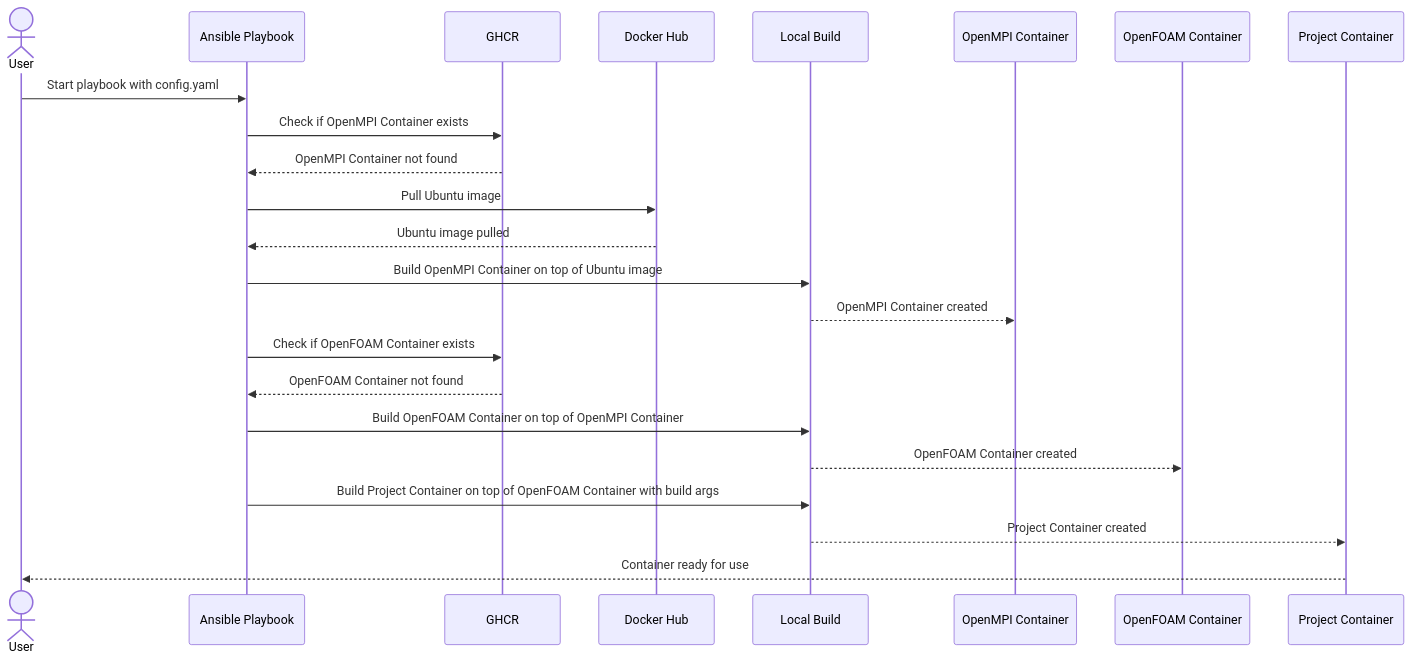
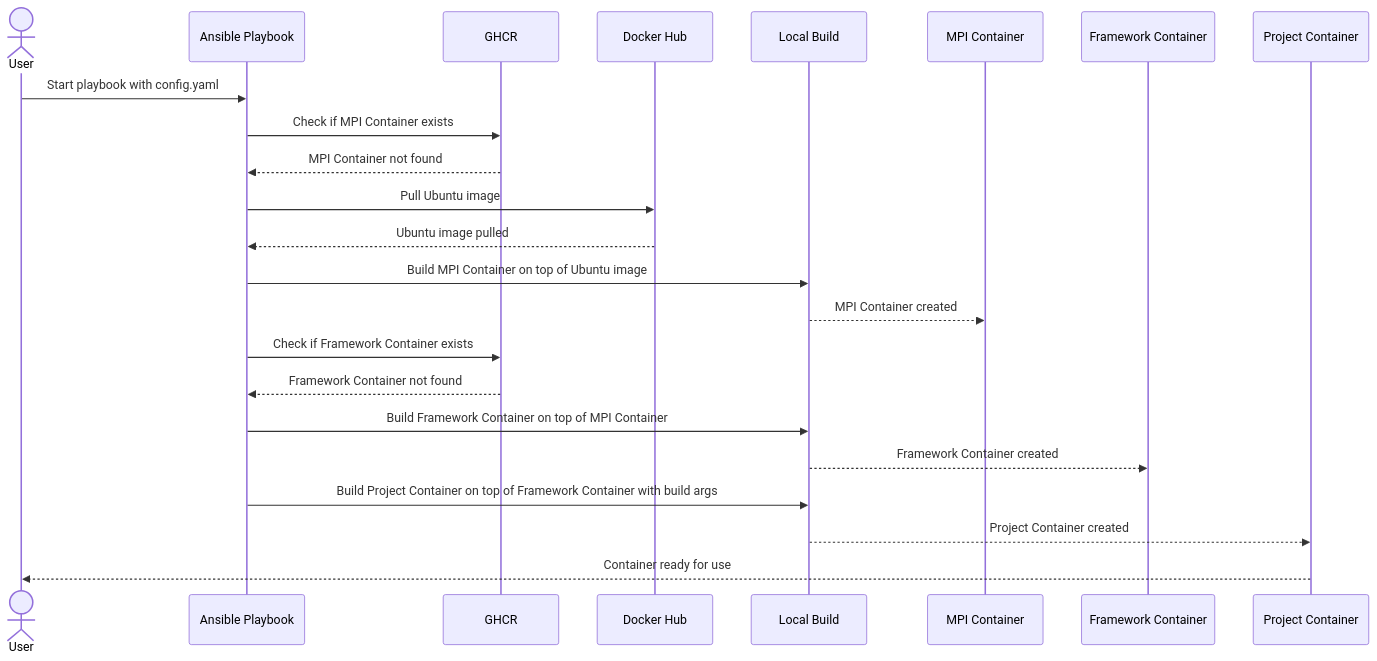
One commit to FoamScience/openfoam-apptainer-packaging changed the diagram in README.md. Above: the diagram before and after it, drawn with Mermaid. The commit also changed other lines of this file and 1 other file, not shown here.

Commit message:
docs: update docs to match arbitrary framework config format

````diff
--- a/README.md
+++ b/README.md
@@ -65,26 +73,26 @@
 ```mermaid
 sequenceDiagram
   actor User
   participant Ansible Playbook
   participant GHCR
   participant Docker Hub
   participant Local Build
-  participant OpenMPI Container
-  participant OpenFOAM Container
+  participant MPI Container
+  participant Framework Container
   participant Project Container
 
   User->>Ansible Playbook: Start playbook with config.yaml
-  Ansible Playbook->>GHCR: Check if OpenMPI Container exists
-  GHCR-->>Ansible Playbook: OpenMPI Container not found
+  Ansible Playbook->>GHCR: Check if MPI Container exists
+  GHCR-->>Ansible Playbook: MPI Container not found
   Ansible Playbook->>Docker Hub: Pull Ubuntu image
   Docker Hub-->>Ansible Playbook: Ubuntu image pulled
-  Ansible Playbook->>Local Build: Build OpenMPI Container on top of Ubuntu image
-  Local Build-->>OpenMPI Container: OpenMPI Container created
-  Ansible Playbook->>GHCR: Check if OpenFOAM Container exists
-  GHCR-->>Ansible Playbook: OpenFOAM Container not found
-  Ansible Playbook->>Local Build: Build OpenFOAM Container on top of OpenMPI Container
-  Local Build-->>OpenFOAM Container: OpenFOAM Container created
-  Ansible Playbook->>Local Build: Build Project Container on top of OpenFOAM Container with build args
+  Ansible Playbook->>Local Build: Build MPI Container on top of Ubuntu image
+  Local Build-->>MPI Container: MPI Container created
+  Ansible Playbook->>GHCR: Check if Framework Container exists
+  GHCR-->>Ansible Playbook: Framework Container not found
+  Ansible Playbook->>Local Build: Build Framework Container on top of MPI Container
+  Local Build-->>Framework Container: Framework Container created
+  Ansible Playbook->>Local Build: Build Project Container on top of Framework Container with build args
   Local Build-->>Project Container: Project Container created
   Project Container-->>User: Container ready for use
 ```
````
